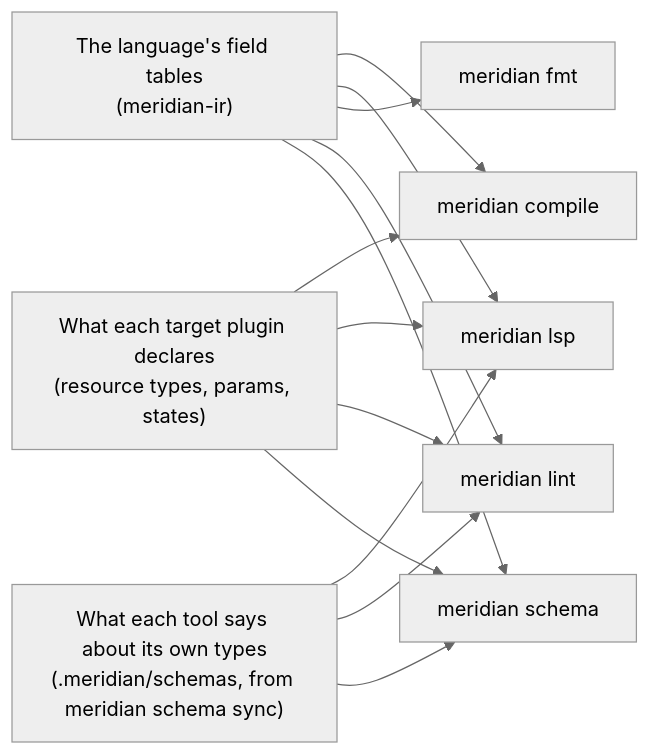
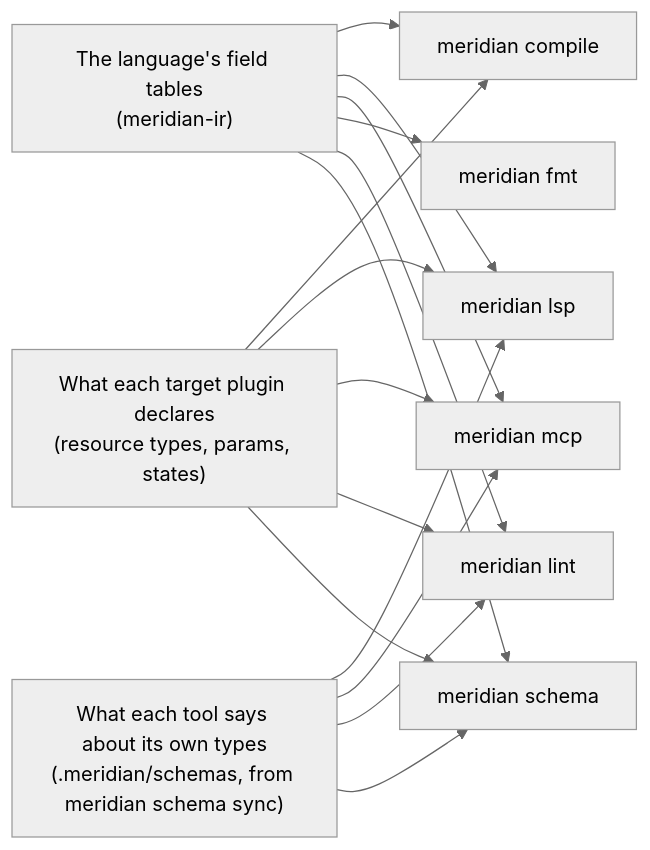
Before and after one commit to ZanattaMichael/meridian-core: the diagram in docs/tooling/index.md, drawn with Mermaid (neutral theme). The commit also changed other lines of this file and 25 other files, not shown here.

First line of the commit message:
Add an MCP server (`meridian mcp`) so smaller AI models can write documents that compile (issue 122)

````diff
--- a/docs/tooling/index.md
+++ b/docs/tooling/index.md
@@ -24,23 +25,27 @@
 ```mermaid
 flowchart LR
     tables["The language's field tables<br/>(meridian-ir)"]
     plugins["What each target plugin declares<br/>(resource types, params, states)"]
     cache["What each tool says about its own types<br/>(.meridian/schemas, from meridian schema sync)"]
     compiler["meridian compile"]
     lsp["meridian lsp"]
+    mcp["meridian mcp"]
     fmt["meridian fmt"]
     lint["meridian lint"]
     schema["meridian schema"]
     tables --> compiler
     tables --> lsp
+    tables --> mcp
     tables --> fmt
     tables --> lint
     tables --> schema
     plugins --> compiler
     plugins --> lsp
+    plugins --> mcp
     plugins --> lint
     plugins --> schema
     cache --> lsp
+    cache --> mcp
     cache --> lint
     cache --> schema
 ```
````
